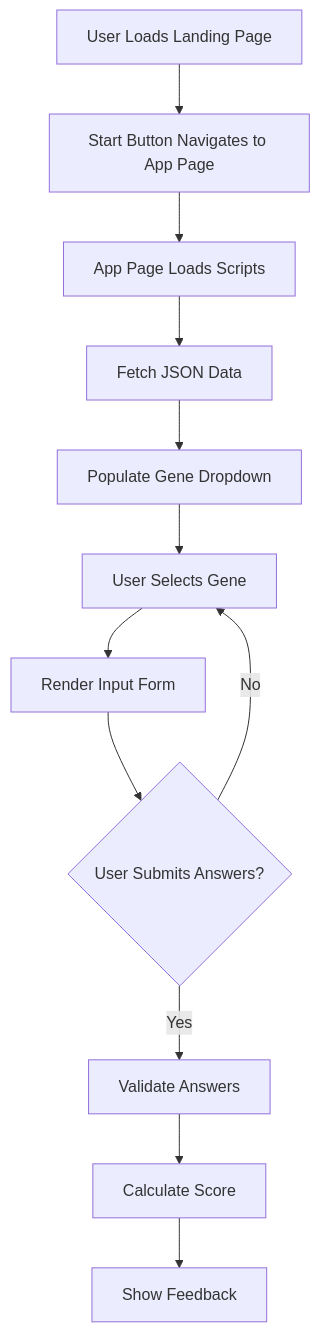
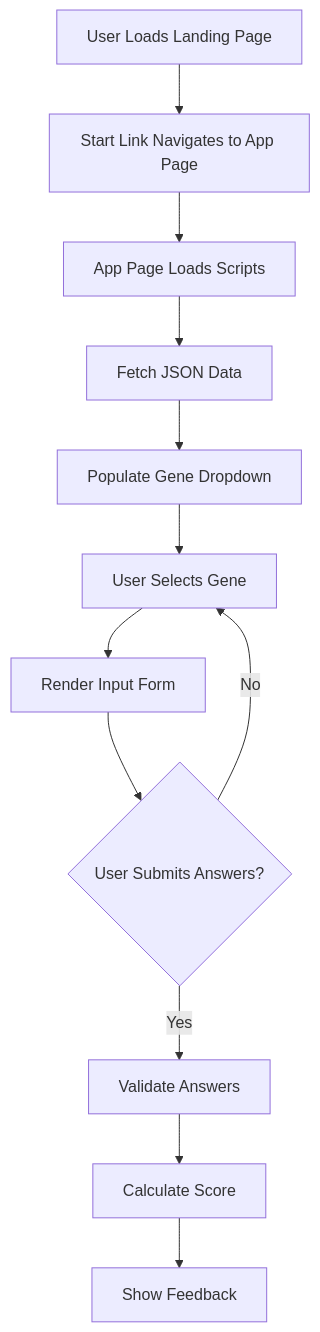
The first of 2 diagrams in docs/index.md (AlexJSully/SciGrade), drawn with Mermaid before and after one commit. The commit also changed 25 other files, not shown here.

````diff
--- a/docs/index.md
+++ b/docs/index.md
@@ -23,16 +23,16 @@
 ```mermaid
 flowchart TD
     accTitle: SciGrade practice session flow
-    accDescr: An eleven-step flowchart. The user loads the landing page, the Start button navigates to the app page, and the app page loads its scripts and fetches the JSON data. That data populates the gene dropdown, the user selects a gene, and the input form renders. A decision point asks whether the user submits answers: if yes, the answers are validated, a score is calculated, and feedback is shown; if no, the flow returns to gene selection.
-    A["User Loads Landing Page"] --> B["Start Button Navigates to App Page"]
+    accDescr: An eleven-step flowchart. The user loads the landing page, the Start link navigates to the app page, and the app page loads its scripts and fetches the JSON data. That data populates the gene dropdown, the user selects a gene, and the input form renders. A decision point asks whether the user submits answers: if yes, the answers are validated, a score is calculated, and feedback is shown; if no, the flow returns to gene selection.
+    A["User Loads Landing Page"] --> B["Start Link Navigates to App Page"]
     B --> C["App Page Loads Scripts"]
     C --> D["Fetch JSON Data"]
     D --> E["Populate Gene Dropdown"]
     E --> F["User Selects Gene"]
     F --> G["Render Input Form"]
     G --> H{"User Submits Answers?"}
     H -->|Yes| I["Validate Answers"]
     I --> J["Calculate Score"]
     J --> K["Show Feedback"]
     H -->|No| F
 ```
````
